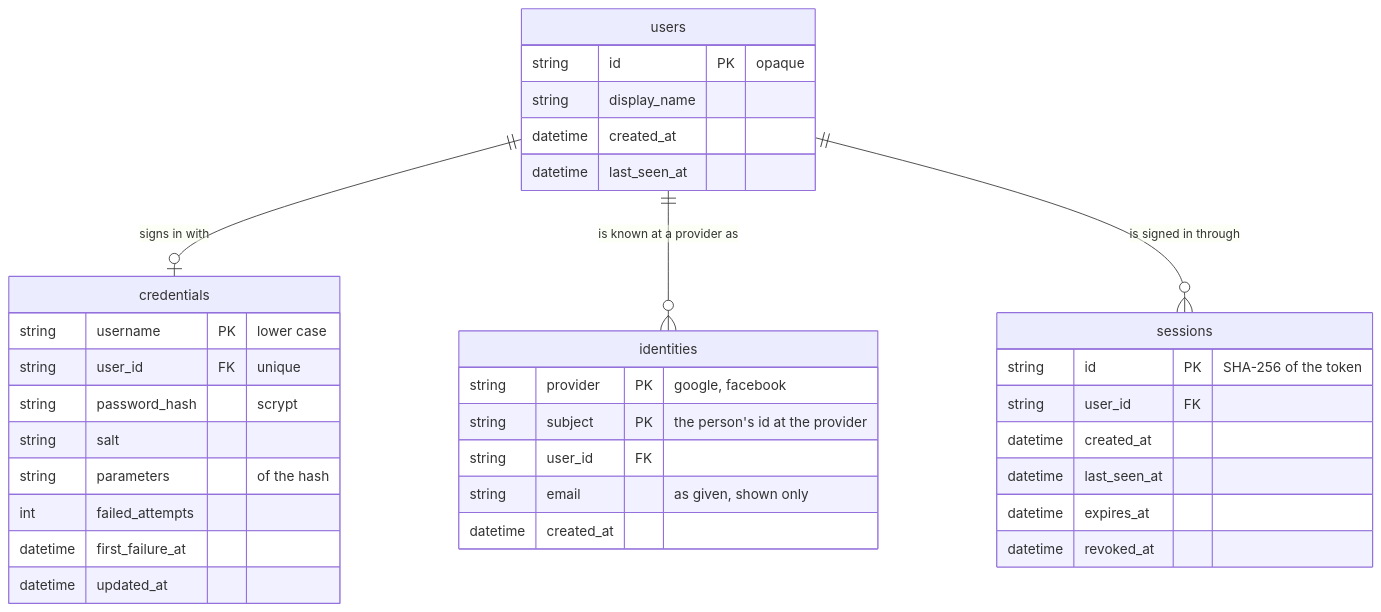
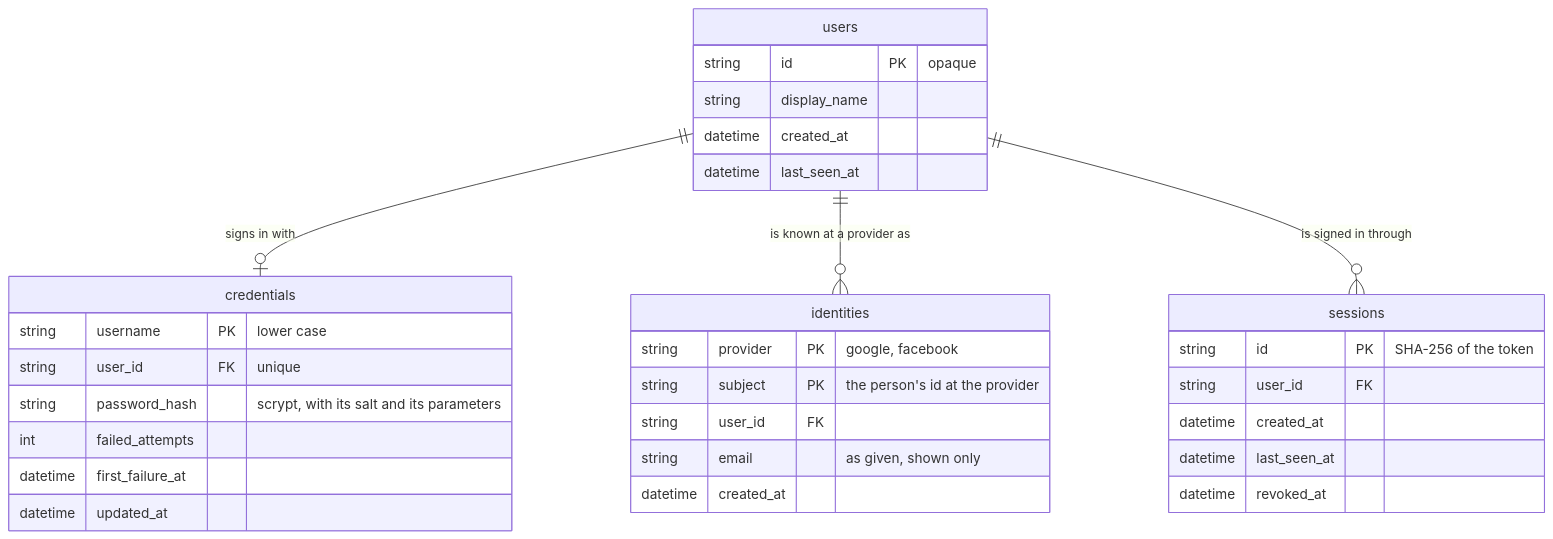
Before and after one commit to Learnheart/Avatar_AI: the sixth of 6 diagrams in docs/2026-10-13/sign-in/design.md, drawn with Mermaid. The commit also changed other lines of this file and 31 other files, not shown here.

````diff
--- a/docs/2026-10-13/sign-in/design.md
+++ b/docs/2026-10-13/sign-in/design.md
@@ -273,37 +273,34 @@
 ```mermaid
 erDiagram
     users ||--o| credentials : "signs in with"
     users ||--o{ identities : "is known at a provider as"
     users ||--o{ sessions : "is signed in through"
     users {
         string id PK "opaque"
         string display_name
         datetime created_at
         datetime last_seen_at
     }
     credentials {
         string username PK "lower case"
         string user_id FK "unique"
-        string password_hash "scrypt"
-        string salt
-        string parameters "of the hash"
+        string password_hash "scrypt, with its salt and its parameters"
         int failed_attempts
         datetime first_failure_at
         datetime updated_at
     }
     identities {
         string provider PK "google, facebook"
         string subject PK "the person's id at the provider"
         string user_id FK
         string email "as given, shown only"
         datetime created_at
     }
     sessions {
         string id PK "SHA-256 of the token"
         string user_id FK
         datetime created_at
         datetime last_seen_at
-        datetime expires_at
         datetime revoked_at
     }
 ```
````
